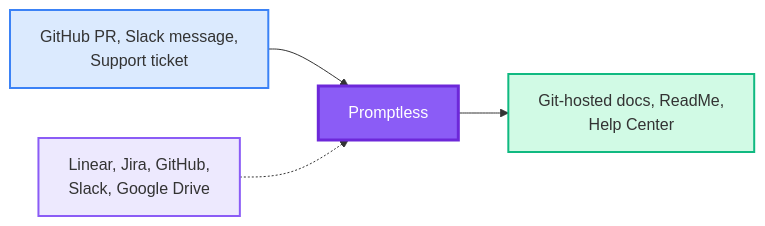
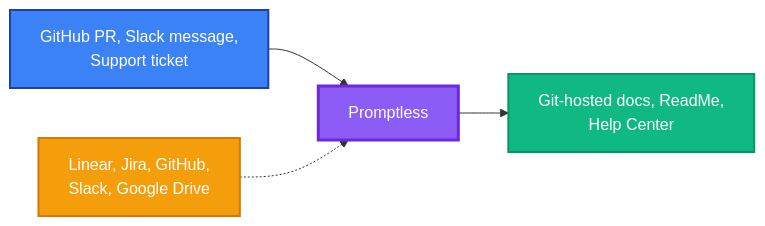
One commit to Promptless/docs changed the diagram in fern/docs/index.mdx. Above: the diagram before and after it, drawn with Mermaid.

Commit message:
docs: Fix Mermaid diagram dark mode contrast in How Promptless Works section (#95)
* Documentation updates from Promptless

* Sync documentation updates from Promptless agent

---------

````diff
--- a/fern/docs/index.mdx
+++ b/fern/docs/index.mdx
@@ -26,16 +26,16 @@
 ```mermaid
 graph LR
     TRIGGERS["GitHub PR, Slack message,<br/>Support ticket"]
     CONTEXT["Linear, Jira, GitHub,<br/>Slack, Google Drive"]
     DOCS["Git-hosted docs, ReadMe,<br/>Help Center"]
     
     TRIGGERS --> PROMPTLESS
     PROMPTLESS["Promptless"]
     CONTEXT -.-> PROMPTLESS
     PROMPTLESS --> DOCS
     
-    style TRIGGERS fill:#dbeafe,stroke:#3b82f6,stroke-width:2px
-    style CONTEXT fill:#ede9fe,stroke:#8b5cf6,stroke-width:2px
-    style DOCS fill:#d1fae5,stroke:#10b981,stroke-width:2px
+    style TRIGGERS fill:#3b82f6,stroke:#1e40af,stroke-width:2px,color:#fff
+    style CONTEXT fill:#f59e0b,stroke:#d97706,stroke-width:2px,color:#fff
+    style DOCS fill:#10b981,stroke:#059669,stroke-width:2px,color:#fff
     style PROMPTLESS fill:#8b5cf6,stroke:#6d28d9,stroke-width:3px,color:#fff
 ```
````
